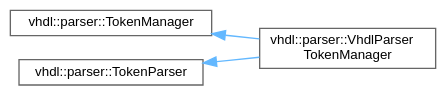
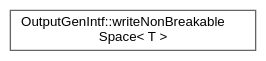
One commit to tim-gromeyer/doxygen changed the diagram in inherit_graph_778.dot. Above: the diagram before and after it, drawn with Graphviz. The commit also changed 2970 other files, not shown here.

```diff
--- a/inherit_graph_778.dot
+++ b/inherit_graph_778.dot
@@ -1,14 +1,10 @@
 digraph "Graphical Class Hierarchy"
 {
  // INTERACTIVE_SVG=YES
  // LATEX_PDF_SIZE
   bgcolor="transparent";
   edge [fontname=Helvetica,fontsize=10,labelfontname=Helvetica,labelfontsize=10];
   node [fontname=Helvetica,fontsize=10,shape=box,height=0.2,width=0.4];
   rankdir="LR";
-  Node0 [label="vhdl::parser::TokenManager",height=0.2,width=0.4,color="grey40", fillcolor="white", style="filled",URL="$d3/d2c/classvhdl_1_1parser_1_1_token_manager.html",tooltip="An implementation for this interface is generated by JavaCCParser."];
-  Node0 -> Node1 [dir="back",color="steelblue1",style="solid"];
-  Node1 [label="vhdl::parser::VhdlParser\lTokenManager",height=0.2,width=0.4,color="grey40", fillcolor="white", style="filled",URL="$d4/d48/classvhdl_1_1parser_1_1_vhdl_parser_token_manager.html",tooltip="Token Manager."];
-  Node2 [label="vhdl::parser::TokenParser",height=0.2,width=0.4,color="grey40", fillcolor="white", style="filled",URL="$d8/d73/classvhdl_1_1parser_1_1_token_parser.html",tooltip=" "];
-  Node2 -> Node1 [dir="back",color="steelblue1",style="solid"];
+  Node0 [label="OutputGenIntf::writeNonBreakable\lSpace\< T \>",height=0.2,width=0.4,color="grey40", fillcolor="white", style="filled",URL="$d9/d60/struct_output_gen_intf_1_1write_non_breakable_space.html",tooltip=" "];
 }
```
